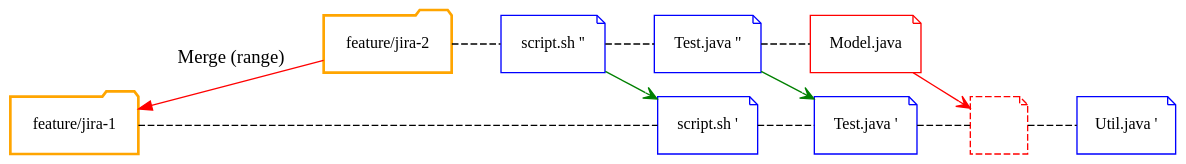
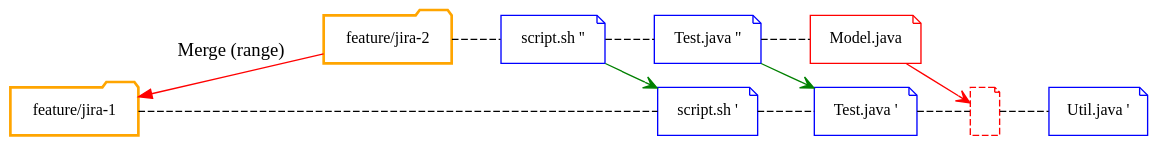
One commit to Gepardec/git-training changed the diagram in slides/intro/src/docs/asciidoc/graphviz/svn-merge.dot. Above: the diagram before and after it, drawn with Graphviz. The commit also changed 15 other files, not shown here.

```diff
--- a/slides/intro/src/docs/asciidoc/graphviz/svn-merge.dot
+++ b/slides/intro/src/docs/asciidoc/graphviz/svn-merge.dot
@@ -1,39 +1,39 @@
 digraph svn_merge {
     rankdir="LR";
     bgcolor="transparent";
 
-    node[width=0.6,height=0.6, shape=folder,fontsize=12.0,color=orange];
+    node[width=0.3, shape=folder,fontsize=12.0,color=orange];
     "feature_1"[label="feature/jira-1",group="feature_1",style="bold"];
     "feature_2"[label="feature/jira-2",group="feature_2",style="bold"];
 
-    node[width=0.6,height=0.6, shape=note,fontsize=12.0];
+    node[ shape=note,fontsize=12.0];
     "file__1"[label="script.sh '",group="feature_1",color="blue"]
     "file__2"[label="Test.java '",group="feature_1",color="blue"]
     "file__3"[label="",group="feature_1",style="dashed",color="red"]
     "file__4"[label="Util.java '",group="feature_1",color="blue"]
     "file___1"[label="script.sh ''",group="feature_2",color="blue"]
     "file___2"[label="Test.java ''",group="feature_2",color="blue"]
     "file___3"[label="Model.java",group="feature_2",color="red"]
 
-    edge[weight=2,arrowhead=open,dir="back"];
+    edge[arrowhead=open,dir="back"];
     "feature_1" -> "feature_2"[label="Merge (range)",color="red"];
 
-    edge[weight=2,arrowhead=none,dir="forward",style=dashed];
+    edge[arrowhead=none,dir="forward",style=dashed];
     "feature_1" -> "file__1";
     "feature_2" -> "file___1";
 
-    edge[weight=2,arrowhead=none,dir="forward",style=dashed];
+    edge[arrowhead=none,dir="forward",style=dashed];
     "file__1" -> "file__2";
     "file__2" -> "file__3";
     "file__3" -> "file__4";
     "file___1" -> "file___2";
     "file___2" -> "file___3";
 
-    edge[weight=2,arrowhead=open,style="",color="green"];
+    edge[arrowhead=open,style="",color="green"];
     "file___1" -> "file__1"
     "file___2" -> "file__2"
 
-    edge[weight=2,arrowhead=open,style="",color="red"];
+    edge[arrowhead=open,style="",color="red"];
     "file___3" -> "file__3"
 
 }
```
